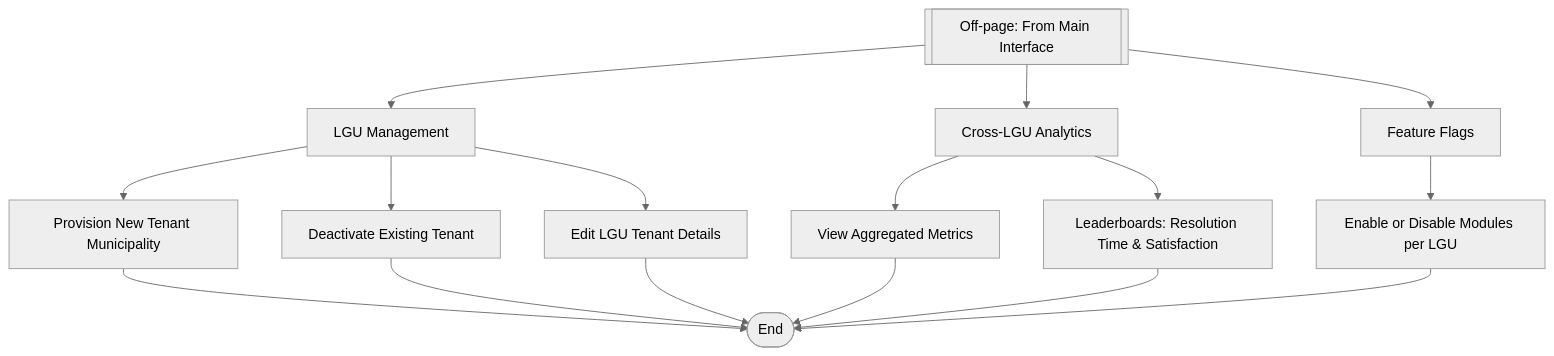
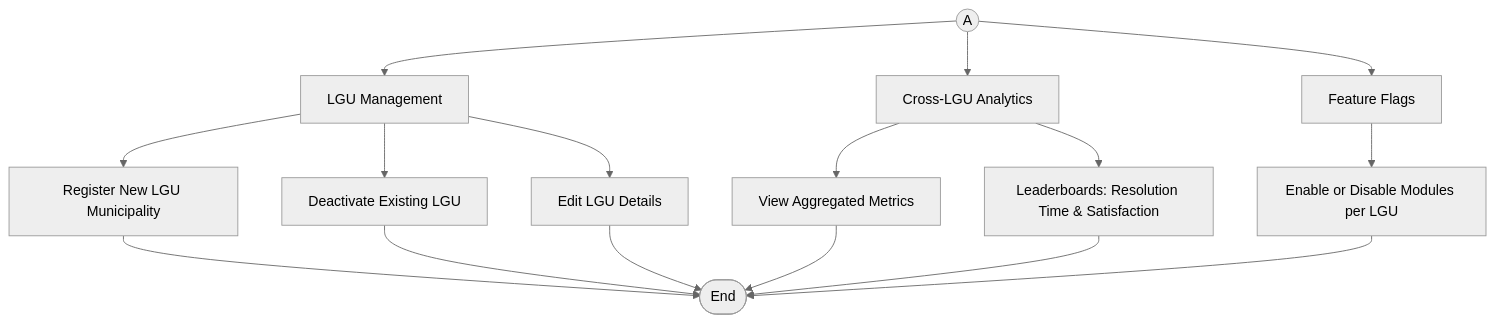
The fourth of 33 diagrams in Manuscript/diagrams.md (Jechrispotato/Refractor), drawn with Mermaid (neutral theme) before and after one commit. The commit also changed other lines of this file and 2 other files, not shown here.

````diff
--- a/Manuscript/diagrams.md
+++ b/Manuscript/diagrams.md
@@ -82,22 +82,22 @@
 ```mermaid
 flowchart TD
-    OP1[[Off-page: From Main Interface]] --> LM[LGU Management]
+    OP1((A)) --> LM[LGU Management]
     OP1 --> CA[Cross-LGU Analytics]
     OP1 --> FF[Feature Flags]
 
-    LM --> Provision[Provision New Tenant Municipality]
-    LM --> Deactivate[Deactivate Existing Tenant]
-    LM --> EditLGU[Edit LGU Tenant Details]
+    LM --> Provision[Register New LGU Municipality]
+    LM --> Deactivate[Deactivate Existing LGU]
+    LM --> EditLGU[Edit LGU Details]
 
     CA --> Metrics[View Aggregated Metrics]
     CA --> Leader[Leaderboards: Resolution Time & Satisfaction]
 
     FF --> Toggle[Enable or Disable Modules per LGU]
 
     Provision --> Done([End])
     Deactivate --> Done
     EditLGU --> Done
     Metrics --> Done
     Leader --> Done
     Toggle --> Done
 ```
````
